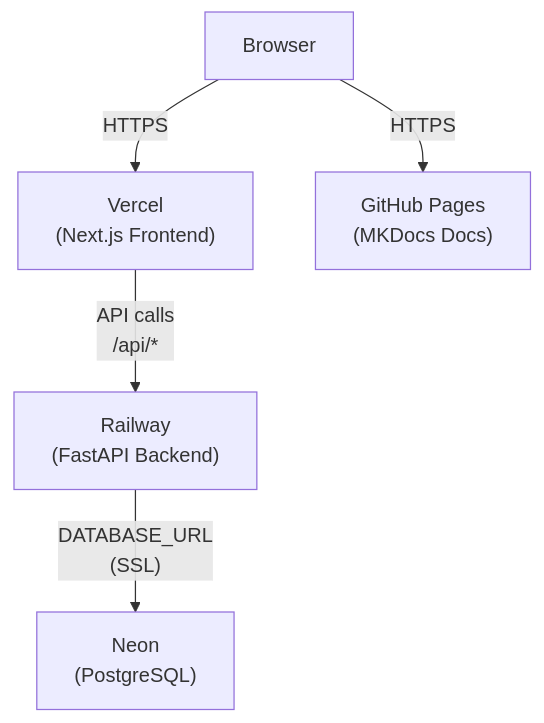
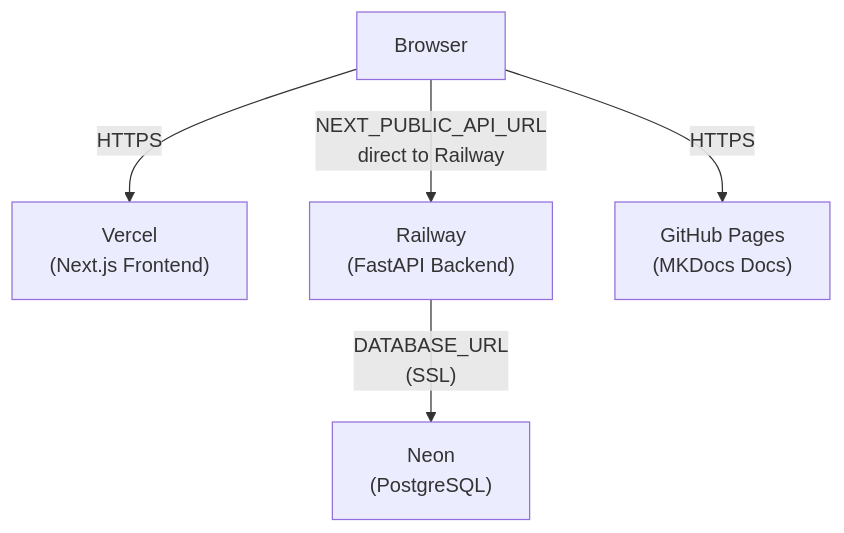
Before and after one commit to bigmikecreates/getdomus_team_task_manager: the diagram in docs/technical/deployment.md, drawn with Mermaid. The commit also changed other lines of this file and 5 other files, not shown here.

Commit message:
fix: call Railway API directly from frontend

````diff
--- a/docs/technical/deployment.md
+++ b/docs/technical/deployment.md
@@ -5,13 +5,13 @@
 ```mermaid
 graph TB
     Browser["Browser"]
     Vercel["Vercel<br/>(Next.js Frontend)"]
     Railway["Railway<br/>(FastAPI Backend)"]
     Neon["Neon<br/>(PostgreSQL)"]
     GitHubPages["GitHub Pages<br/>(MKDocs Docs)"]
 
     Browser -->|"HTTPS"| Vercel
-    Vercel -->|"API calls<br/>/api/*"| Railway
+    Browser -->|"NEXT_PUBLIC_API_URL<br/>direct to Railway"| Railway
     Railway -->|"DATABASE_URL<br/>(SSL)"| Neon
     Browser -->|"HTTPS"| GitHubPages
 ```
````
